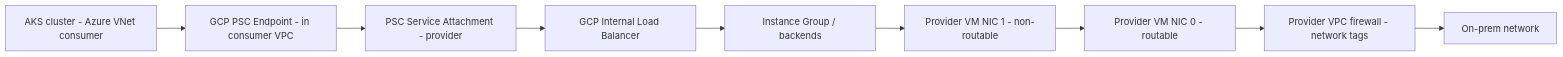
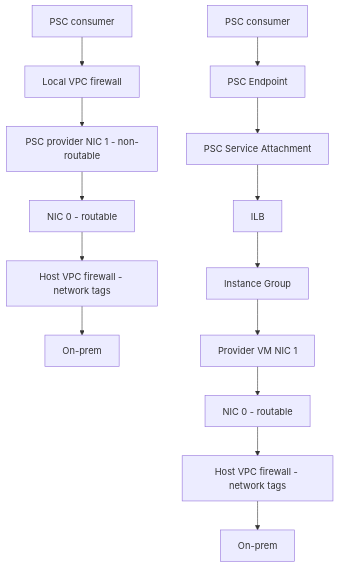
The diagram in README.md (aminson49/test), drawn with Mermaid before and after one commit.

````diff
--- a/README.md
+++ b/README.md
@@ -3,11 +3,17 @@
 ```mermaid
-flowchart LR
-    aks["AKS cluster - Azure VNet consumer"] --> psc_ep["GCP PSC Endpoint - in consumer VPC"]
-    psc_ep --> sa["PSC Service Attachment - provider"]
-    sa --> ilb[GCP Internal Load Balancer]
-    ilb --> ig[Instance Group / backends]
-    ig --> nic1["Provider VM NIC 1 - non-routable"]
-    nic1 --> nic0["Provider VM NIC 0 - routable"]
-    nic0 --> vpc_fw["Provider VPC firewall - network tags"]
-    vpc_fw --> onprem["On-prem network"]
+flowchart TB
+    a1["PSC consumer"] --> a2["Local VPC firewall"]
+    a2 --> a3["PSC provider NIC 1 - non-routable"]
+    a3 --> a4["NIC 0 - routable"]
+    a4 --> a5["Host VPC firewall - network tags"]
+    a5 --> a6["On-prem"]
+
+    b1["PSC consumer"] --> b2["PSC Endpoint"]
+    b2 --> b3["PSC Service Attachment"]
+    b3 --> b4["ILB"]
+    b4 --> b5["Instance Group"]
+    b5 --> b6["Provider VM NIC 1"]
+    b6 --> b7["NIC 0 - routable"]
+    b7 --> b8["Host VPC firewall - network tags"]
+    b8 --> b9["On-prem"]
 ```
````
